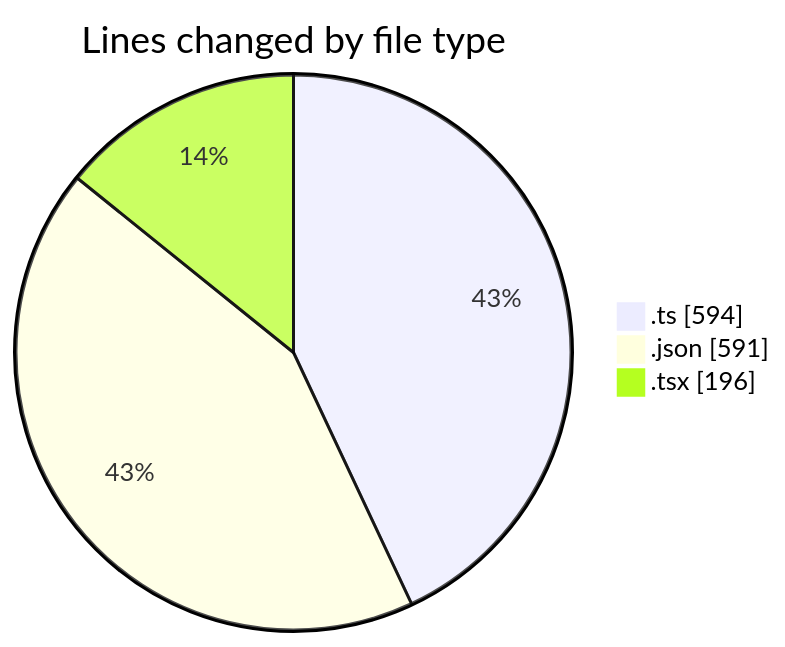
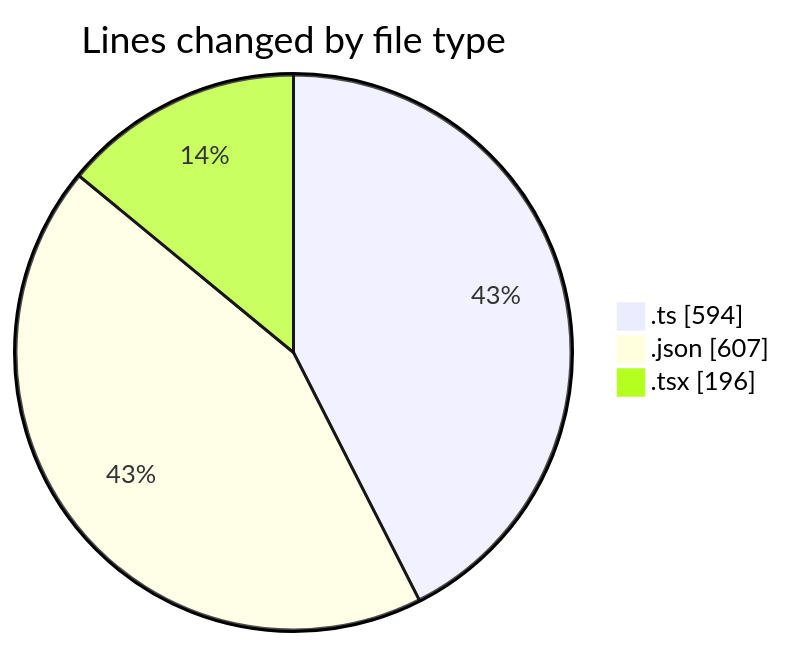
The first of 2 diagrams in 2025-07-12/ribbon/README.md (EIIisD/code-tracking), drawn with Mermaid before and after one commit. The commit also changed other lines of this file and 1 other file, not shown here.

````diff
--- a/2025-07-12/ribbon/README.md
+++ b/2025-07-12/ribbon/README.md
@@ -29,7 +29,7 @@
 ```mermaid
 pie showData
 title Lines changed by file type
 ".ts" : 594
-".json" : 591
+".json" : 607
 ".tsx" : 196
 ```
````
